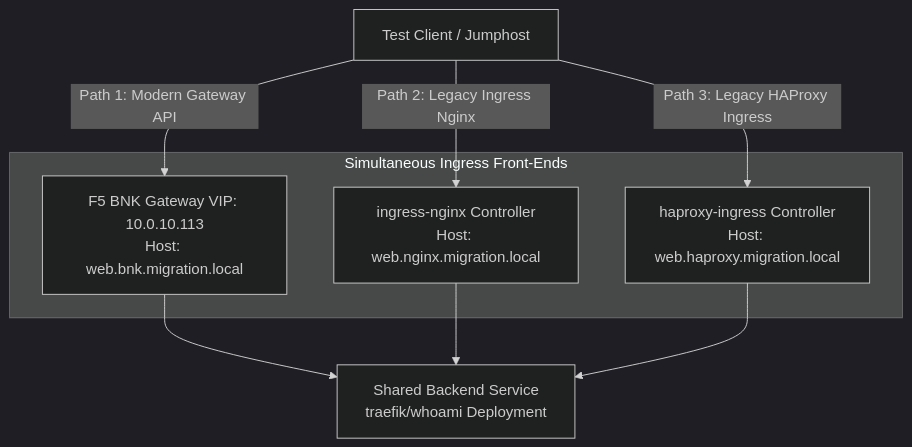
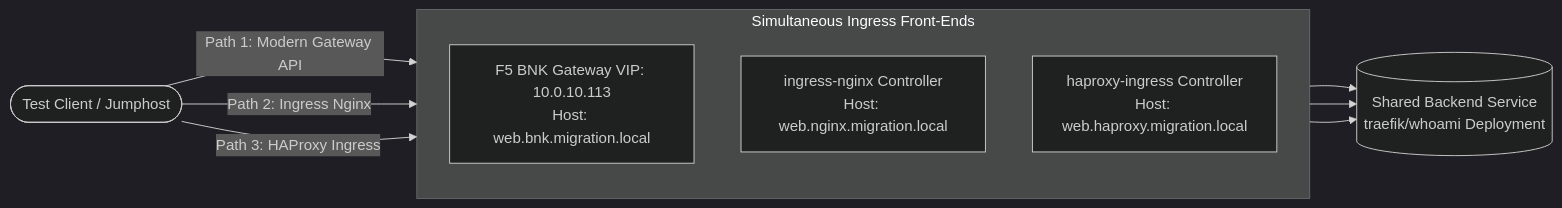
Before and after one commit to JLCode-tech/awsbnkctl: diagram 20 of 20 in docs/SCENARIOS.md, drawn with Mermaid (dark theme). The commit also changed other lines of this file and 2 other files, not shown here.

Commit message:
docs: modernize diagrams and remove sales jargon

````diff
--- a/docs/SCENARIOS.md
+++ b/docs/SCENARIOS.md
@@ -536,16 +605,17 @@
 ```mermaid
-flowchart TD
-    Client["Test Client / Jumphost"]
+flowchart LR
+    Client([Test Client / Jumphost])
 
     subgraph IngressControllers["Simultaneous Ingress Front-Ends"]
+        direction TB
         BNK_GW["F5 BNK Gateway VIP: 10.0.10.113<br/>Host: web.bnk.migration.local"]
         Nginx_Ing["ingress-nginx Controller<br/>Host: web.nginx.migration.local"]
         HAProxy_Ing["haproxy-ingress Controller<br/>Host: web.haproxy.migration.local"]
     end
 
-    SharedBackend["Shared Backend Service<br/>traefik/whoami Deployment"]
+    SharedBackend[("Shared Backend Service<br/>traefik/whoami Deployment")]
 
     Client -->|Path 1: Modern Gateway API| BNK_GW --> SharedBackend
-    Client -->|Path 2: Legacy Ingress Nginx| Nginx_Ing --> SharedBackend
-    Client -->|Path 3: Legacy HAProxy Ingress| HAProxy_Ing --> SharedBackend
+    Client -->|Path 2: Ingress Nginx| Nginx_Ing --> SharedBackend
+    Client -->|Path 3: HAProxy Ingress| HAProxy_Ing --> SharedBackend
 ```
````
